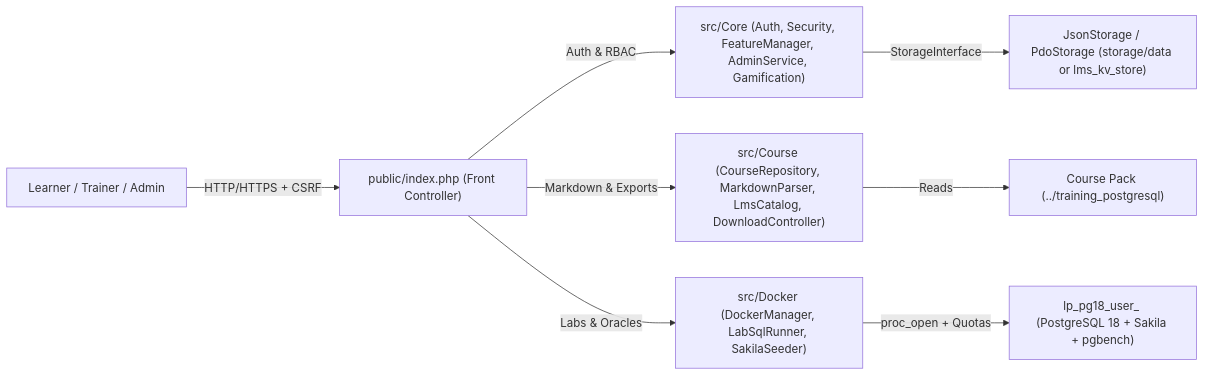
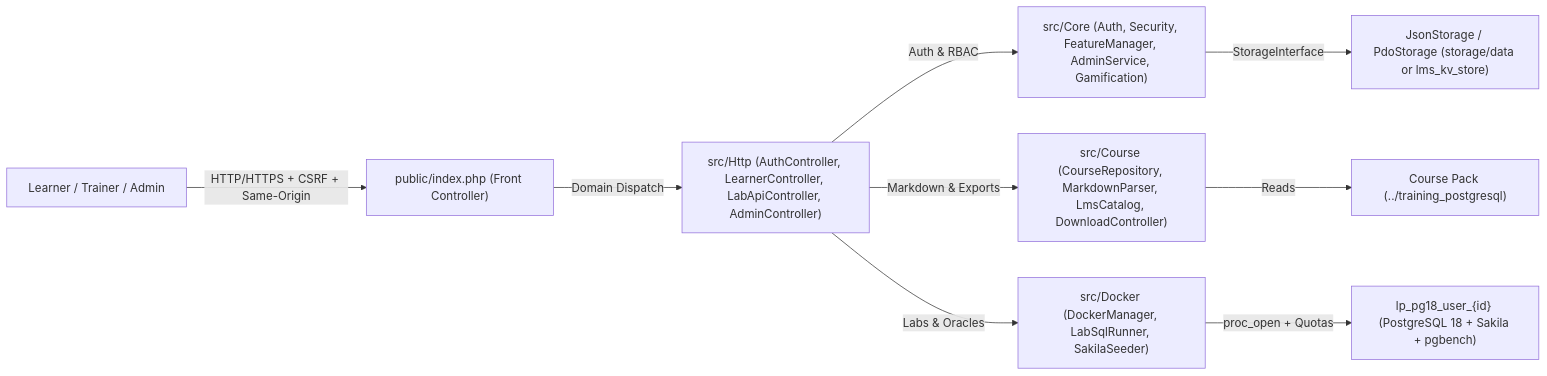
Before and after one commit to jmrenouard/lightpath-training-portal: the diagram in README.md, drawn with Mermaid. The commit also changed other lines of this file and 64 other files, not shown here.

````diff
--- a/README.md
+++ b/README.md
@@ -15,10 +15,11 @@
 ```mermaid
 flowchart LR
-    Learner["Learner / Trainer / Admin"] -->|"HTTP/HTTPS + CSRF"| Index["public/index.php (Front Controller)"]
-    Index -->|"Auth & RBAC"| Core["src/Core (Auth, Security, FeatureManager, AdminService, Gamification)"]
-    Index -->|"Markdown & Exports"| Course["src/Course (CourseRepository, MarkdownParser, LmsCatalog, DownloadController)"]
-    Index -->|"Labs & Oracles"| Docker["src/Docker (DockerManager, LabSqlRunner, SakilaSeeder)"]
+    Learner["Learner / Trainer / Admin"] -->|"HTTP/HTTPS + CSRF + Same-Origin"| Index["public/index.php (Front Controller)"]
+    Index -->|"Domain Dispatch"| Http["src/Http (AuthController, LearnerController, LabApiController, AdminController)"]
+    Http -->|"Auth & RBAC"| Core["src/Core (Auth, Security, FeatureManager, AdminService, Gamification)"]
+    Http -->|"Markdown & Exports"| Course["src/Course (CourseRepository, MarkdownParser, LmsCatalog, DownloadController)"]
+    Http -->|"Labs & Oracles"| Docker["src/Docker (DockerManager, LabSqlRunner, SakilaSeeder)"]
     Core -->|"StorageInterface"| Persistence["JsonStorage / PdoStorage (storage/data or lms_kv_store)"]
     Course -->|"Reads"| Pack["Course Pack (../training_postgresql)"]
-    Docker -->|"proc_open + Quotas"| Pg["lp_pg18_user_<id> (PostgreSQL 18 + Sakila + pgbench)"]
+    Docker -->|"proc_open + Quotas"| Pg["lp_pg18_user_{id} (PostgreSQL 18 + Sakila + pgbench)"]
 ```
````
